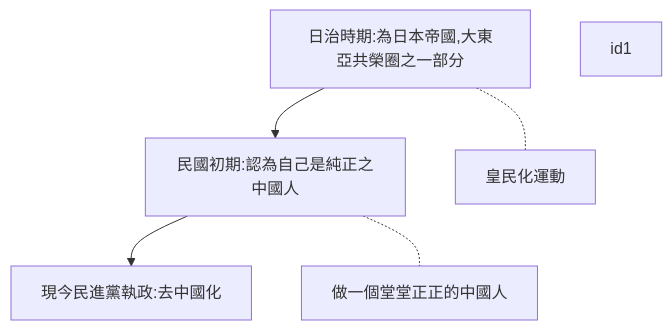
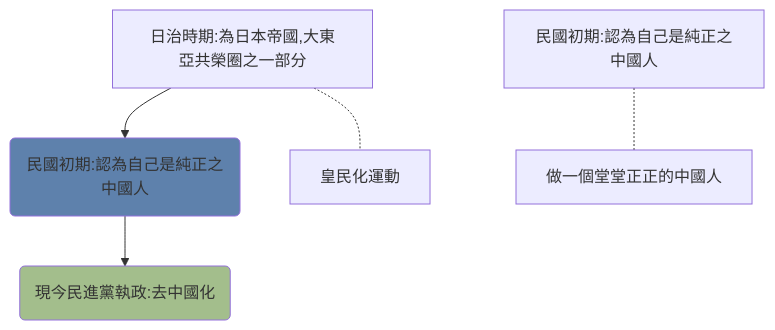
Before and after one commit to Ethane1755/Obsidian: the diagram in Zettelkasten/歷史解釋_認同問題.md, drawn with Mermaid. The commit also changed 1 other file, not shown here.

Commit message:
Obsidian Backup 2021-09-18 21:38

````diff
--- a/Zettelkasten/歷史解釋_認同問題.md
+++ b/Zettelkasten/歷史解釋_認同問題.md
@@ -9,7 +9,8 @@
 ```mermaid
 graph TD
-日治時期:為日本帝國,大東亞共榮圈之一部分-->民國初期:認為自己是純正之中國人-->現今民進黨執政:去中國化
+日治時期:為日本帝國,大東亞共榮圈之一部分-->id2(民國初期:認為自己是純正之中國人)-->id1(現今民進黨執政:去中國化)
 日治時期:為日本帝國,大東亞共榮圈之一部分-.-皇民化運動
 民國初期:認為自己是純正之中國人-.-做一個堂堂正正的中國人
-style id1 fil
+style id1 fill:#a3be8c
+style id2 fill:#5e81ac
 ```
````
